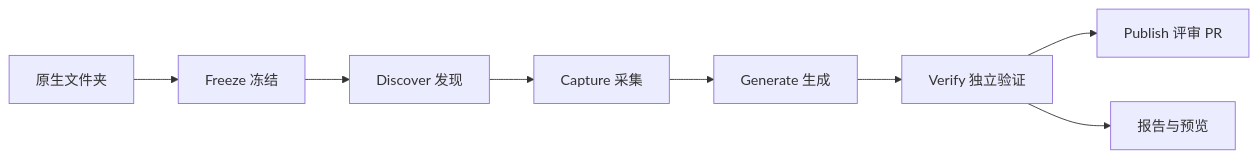
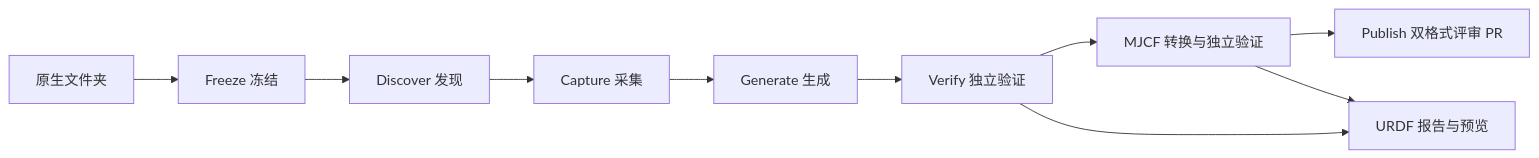
The diagram in docs/design.md (mimicverse/description-pipeline), drawn with Mermaid before and after one commit. The commit also changed other lines of this file and 3 other files, not shown here.

````diff
--- a/docs/design.md
+++ b/docs/design.md
@@ -11,10 +11,12 @@
 ```mermaid
 flowchart LR
   U[原生文件夹] --> F[Freeze 冻结]
   F --> D[Discover 发现]
   D --> C[Capture 采集]
   C --> G[Generate 生成]
   G --> V[Verify 独立验证]
-  V --> P[Publish 评审 PR]
-  V --> R[报告与预览]
+  V --> M[MJCF 转换与独立验证]
+  M --> P[Publish 双格式评审 PR]
+  V --> R[URDF 报告与预览]
+  M --> R
 ```
````
